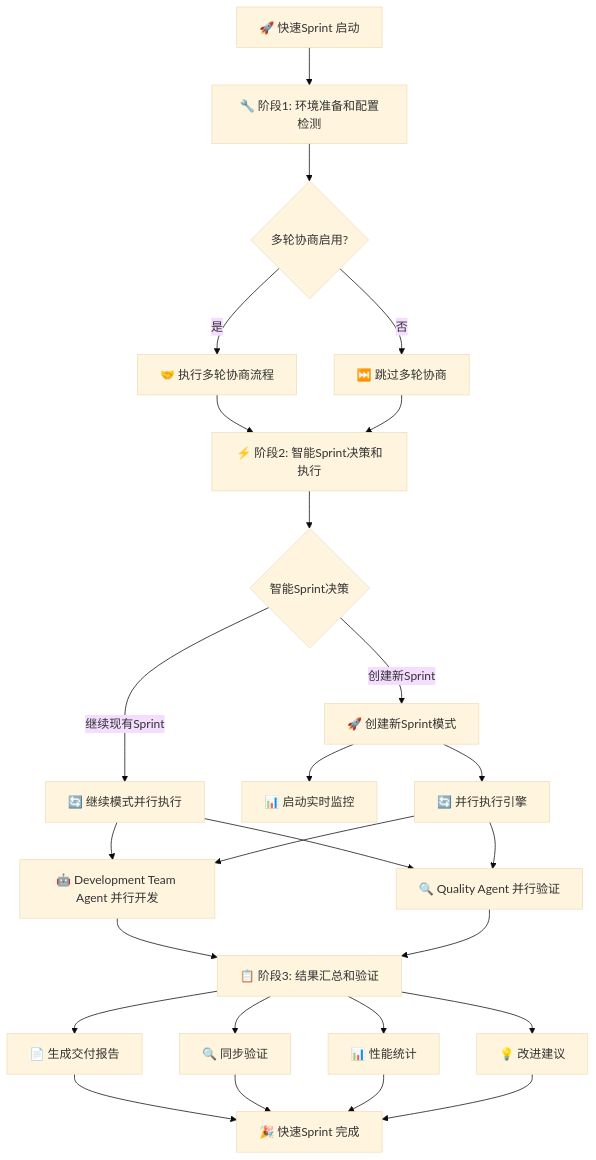
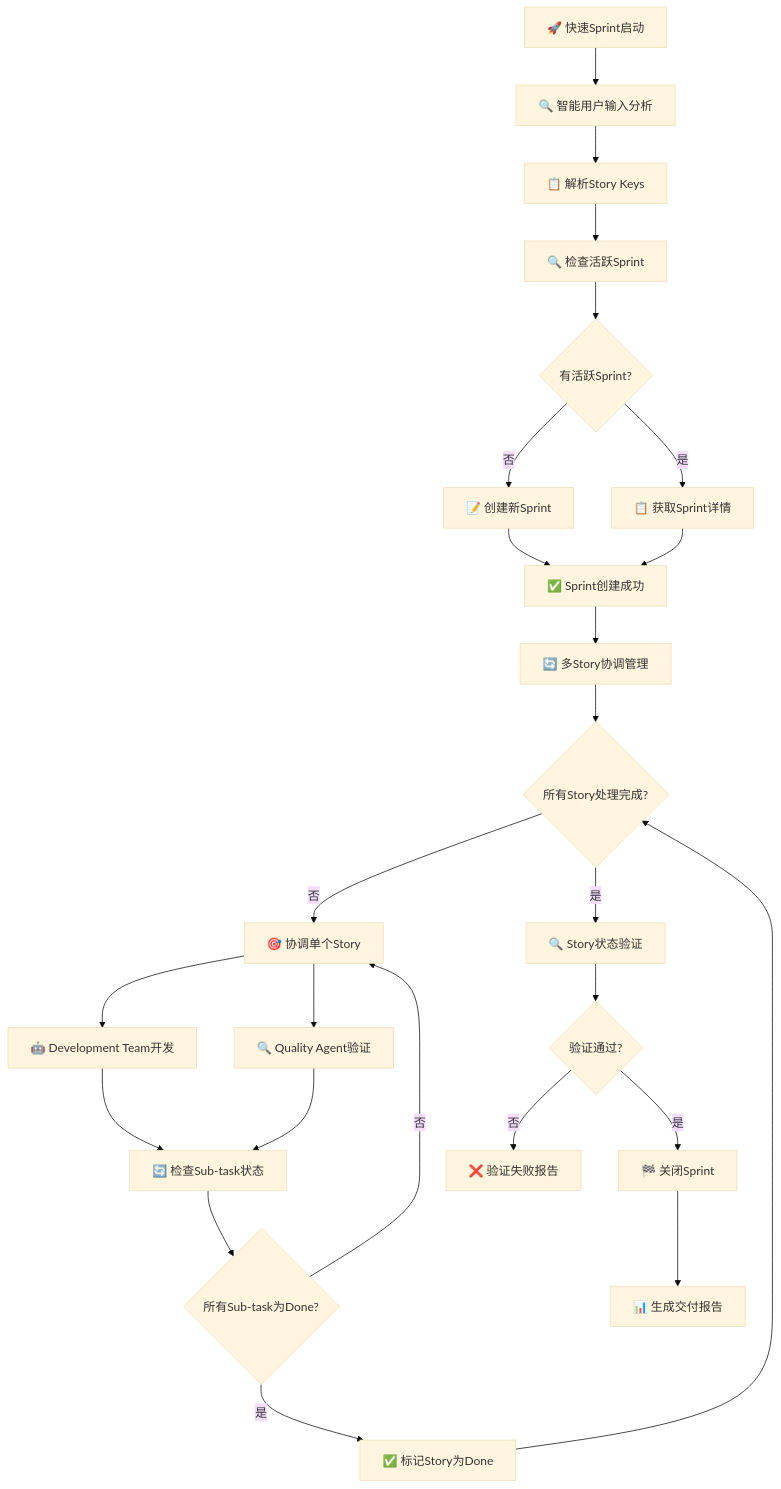
The first of 11 diagrams in plugins/agile-marketplace/sprint-plugin/commands/快速sprint.md (ouyangshixiong/context-engineering-zh), drawn with Mermaid (base theme) before and after one commit. The commit also changed other lines of this file and 7 other files, not shown here.

````diff
--- a/plugins/agile-marketplace/sprint-plugin/commands/快速sprint.md
+++ b/plugins/agile-marketplace/sprint-plugin/commands/快速sprint.md
@@ -30,34 +31,27 @@
 ```mermaid
 flowchart TD
-    A[🚀 快速Sprint 启动] --> B[🔧 阶段1: 环境准备和配置检测]
-    B --> C{多轮协商启用?}
-    C -->|是| D[🤝 执行多轮协商流程]
-    C -->|否| E[⏭️ 跳过多轮协商]
-    D --> F[⚡ 阶段2: 智能Sprint决策和执行]
-    E --> F
-
-    F --> G{智能Sprint决策}
-    G -->|继续现有Sprint| H[🔄 继续模式并行执行]
-    G -->|创建新Sprint| I[🚀 创建新Sprint模式]
-
-    H --> J[🤖 Development Team Agent 并行开发]
-    H --> K[🔍 Quality Agent 并行验证]
-
-    I --> L[📊 启动实时监控]
-    I --> M[🔄 并行执行引擎]
-    M --> J
-    M --> K
-
-    J --> N[📋 阶段3: 结果汇总和验证]
-    K --> N
-
-    N --> O[📄 生成交付报告]
-    N --> P[🔍 同步验证]
-    N --> Q[📊 性能统计]
-    N --> R[💡 改进建议]
-
-    O --> S[🎉 快速Sprint 完成]
-    P --> S
-    Q --> S
-    R --> S
+    A[🚀 快速Sprint启动] --> B[🔍 智能用户输入分析]
+    B --> C[📋 解析Story Keys]
+    C --> D[🔍 检查活跃Sprint]
+    D --> E{有活跃Sprint?}
+    E -->|否| F[📝 创建新Sprint]
+    E -->|是| G[📋 获取Sprint详情]
+    F --> H[✅ Sprint创建成功]
+    G --> H
+    H --> I[🔄 多Story协调管理]
+    I --> J{所有Story处理完成?}
+    J -->|否| K[🎯 协调单个Story]
+    K --> L[🤖 Development Team开发]
+    K --> M[🔍 Quality Agent验证]
+    L --> N[🔄 检查Sub-task状态]
+    M --> N
+    N --> O{所有Sub-task为Done?}
+    O -->|否| K
+    O -->|是| P[✅ 标记Story为Done]
+    P --> J
+    J -->|是| Q[🔍 Story状态验证]
+    Q --> R{验证通过?}
+    R -->|否| S[❌ 验证失败报告]
+    R -->|是| T[🏁 关闭Sprint]
+    T --> U[📊 生成交付报告]
 ```
````
